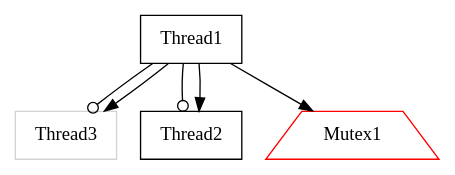
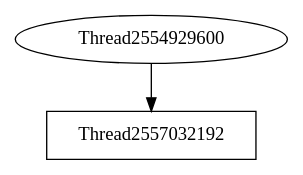
Before and after one commit to v4o6/cs410: the diagram in view/dot/graph007.dot, drawn with Graphviz. The commit also changed 214 other files, not shown here.

Commit message:
Switched parser.pl to parse libthreadtrace.log instead of temp log file. Changed graphviz output from PNG to SVG to get rid of pixelation.

```diff
--- a/view/dot/graph007.dot
+++ b/view/dot/graph007.dot
@@ -1,12 +1,5 @@
 digraph G {
-graph[center=1];
-Thread3 [shape=box,color=lightgray];
-Thread1 [shape=box,color=black];
-Thread1 -> Thread2 [arrowhead=odot];
-Thread1 -> Thread3 [arrowhead=odot];
-Thread1 -> Thread3 [arrowhead=normal];
-Thread1 -> Mutex1 [arrowhead=normal,color=black];
-Thread1 -> Thread2 [arrowhead=normal];
-Mutex1 [shape=trapezium,color=red];
-Thread2 [shape=box,color=black];
+graph[center=true];
+Thread2554929600 -> Thread2557032192 [arrowhead=normal];
+Thread2557032192 [shape=box,color=black];
 }
```
